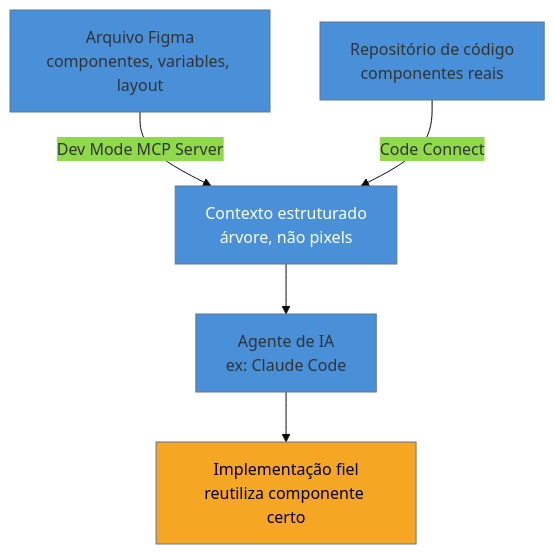
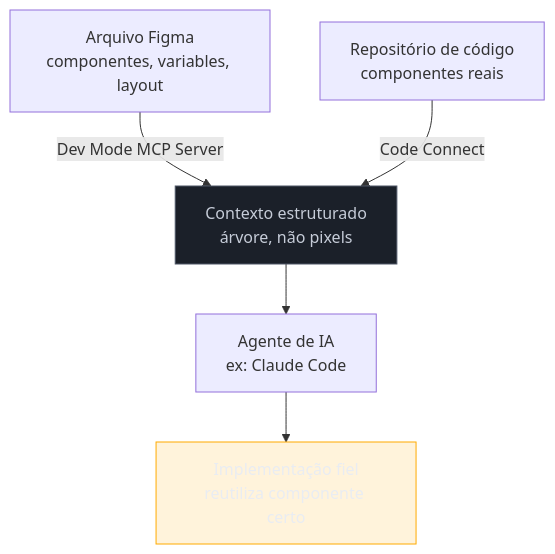
One commit to josenaldo/codex-technomanticus changed the diagram in 03-Dominios/Tecnologia/Ferramentas de Design/02 - Figma MCP Server e Code Connect.md. Above: the diagram before and after it, drawn with Mermaid. The commit also changed 1181 other files, not shown here.

First line of the commit message:
fix(diagramas): paleta do sistema no lugar de cor cravada no markdown

````diff
--- a/03-Dominios/Tecnologia/Ferramentas de Design/02 - Figma MCP Server e Code Connect.md
+++ b/03-Dominios/Tecnologia/Ferramentas de Design/02 - Figma MCP Server e Code Connect.md
@@ -50,10 +50,11 @@
 ```mermaid
-%%{init: {"theme": "base", "themeVariables": {"primaryColor": "#4A90D9"}}}%%
 graph TD
+    classDef neutro fill:#1B2029,stroke:#4E5666,color:#C6CCD8
+    classDef destaque fill:#FFAA0024,stroke:#FFAA00,color:#E9ECF2
     F["Arquivo Figma<br/>componentes, variables, layout"] -->|Dev Mode MCP Server| CTX["Contexto estruturado<br/>árvore, não pixels"]
     R["Repositório de código<br/>componentes reais"] -->|Code Connect| CTX
     CTX --> A["Agente de IA<br/>ex: Claude Code"]
     A --> IMPL["Implementação fiel<br/>reutiliza componente certo"]
-    style CTX fill:#4A90D9,color:#fff
-    style IMPL fill:#F5A623,color:#000
+    class CTX neutro
+    class IMPL destaque
 ```
````
